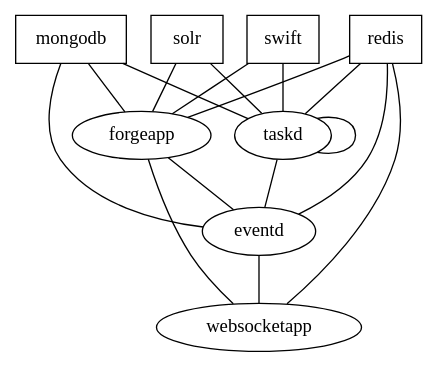
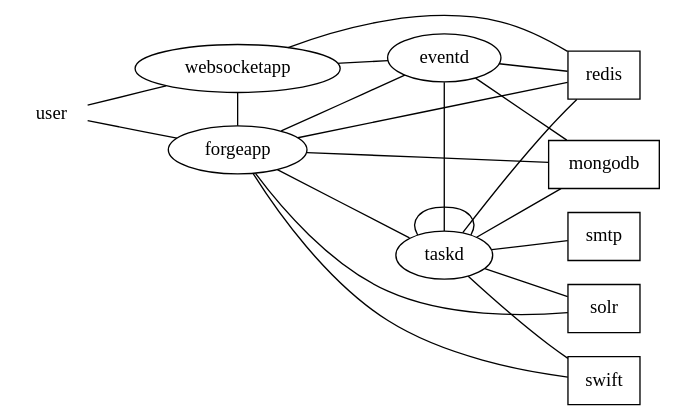
One commit to vulcan-collaboration/vulcanforge changed the diagram in docs/source/component_services.dot. Above: the diagram before and after it, drawn with Graphviz. The commit also changed 29 other files, not shown here.

```diff
--- a/docs/source/component_services.dot
+++ b/docs/source/component_services.dot
@@ -1,39 +1,58 @@
 graph component_services {
-    rankdir=BT;
+    rankdir=LR;
+    overlap=false;
+    splines=true;
+
+    { rank=same; forgeapp websocketapp }
+    { rank=same; taskd eventd }
+
     node [
         shape=box
     ] {
         mongodb,
         redis,
         solr,
+        smtp,
         swift
+    }
+    node [
+        shape=plaintext
+    ] {
+        user
     }
     node [
         shape=oval
     ]
 
     forgeapp -- {
         mongodb,
         redis,
         solr,
-        swift
+        swift,
+        taskd
     };
     taskd -- {
         mongodb,
         redis,
         solr,
         taskd,
-        swift
+        swift,
+        smtp
     };
     eventd -- {
         mongodb,
         redis,
         forgeapp,
         taskd
     };
     websocketapp -- {
         redis,
         eventd,
         forgeapp
     };
+
+    user -- {
+        forgeapp,
+        websocketapp
+    }
 }
```
